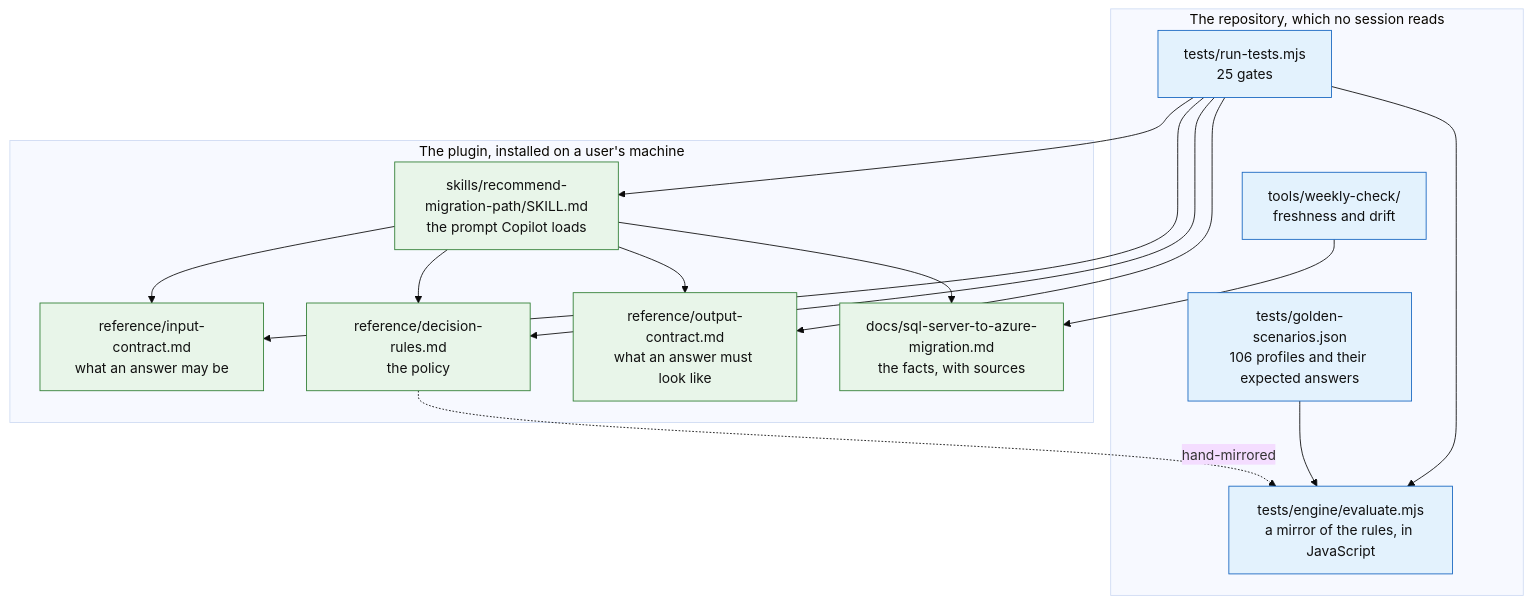
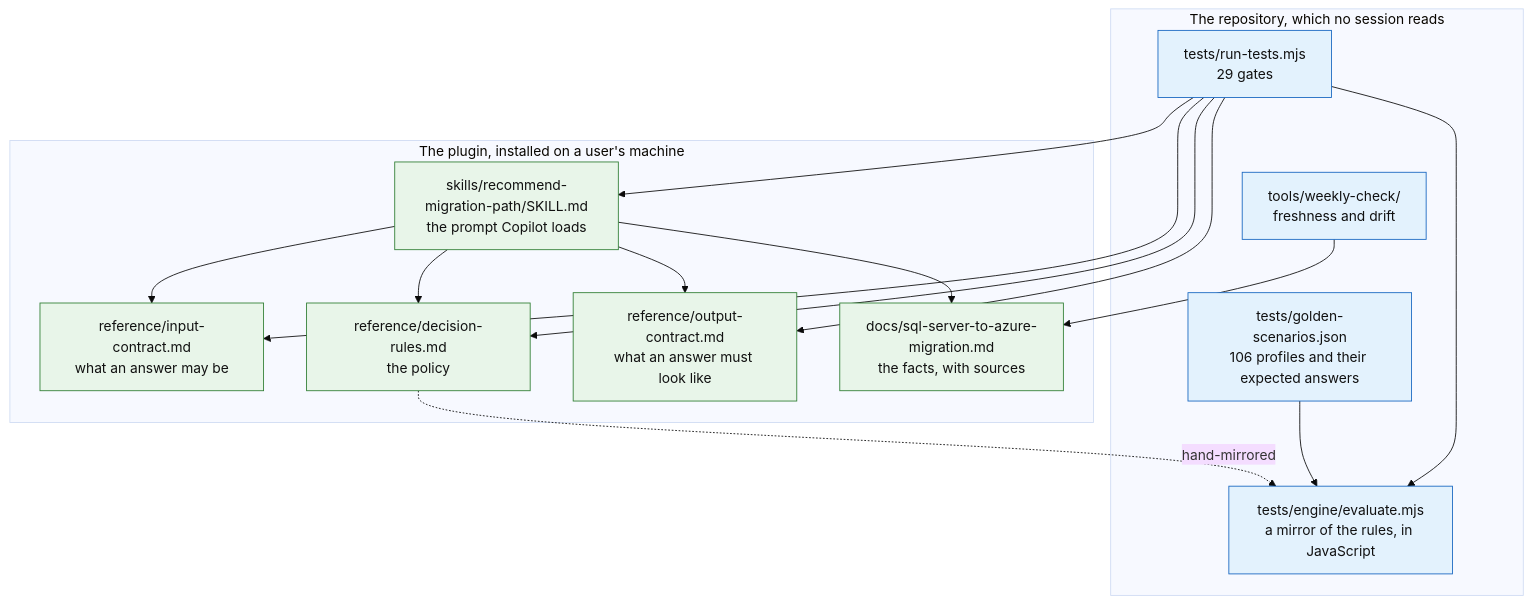
Before and after one commit to fredgis/sql-migration-advisor: the first of 3 diagrams in docs/ARCHITECTURE.md, drawn with Mermaid (base theme). The commit also changed other lines of this file and 12 other files, not shown here.

````diff
--- a/docs/ARCHITECTURE.md
+++ b/docs/ARCHITECTURE.md
@@ -28,35 +28,35 @@
 ```mermaid
 flowchart TD
     subgraph plugin["The plugin, installed on a user's machine"]
       SK["skills/recommend-migration-path/SKILL.md<br/>the prompt Copilot loads"]
       IC["reference/input-contract.md<br/>what an answer may be"]
       DR["reference/decision-rules.md<br/>the policy"]
       OC["reference/output-contract.md<br/>what an answer must look like"]
       KB["docs/sql-server-to-azure-migration.md<br/>the facts, with sources"]
     end
 
     subgraph repo["The repository, which no session reads"]
       EN["tests/engine/evaluate.mjs<br/>a mirror of the rules, in JavaScript"]
       GS["tests/golden-scenarios.json<br/>106 profiles and their expected answers"]
-      GA["tests/run-tests.mjs<br/>25 gates"]
+      GA["tests/run-tests.mjs<br/>29 gates"]
       WK["tools/weekly-check/<br/>freshness and drift"]
     end
 
     SK --> IC
     SK --> DR
     SK --> OC
     SK --> KB
     DR -.->|hand-mirrored| EN
     GS --> EN
     GA --> EN
     GA --> SK
     GA --> IC
     GA --> DR
     GA --> OC
     WK --> KB
 
     classDef live fill:#e8f5e9,stroke:#2e7d32,color:#111
     classDef test fill:#e3f2fd,stroke:#1565c0,color:#111
     class SK,IC,DR,OC,KB live
     class EN,GS,GA,WK test
 ```
````
